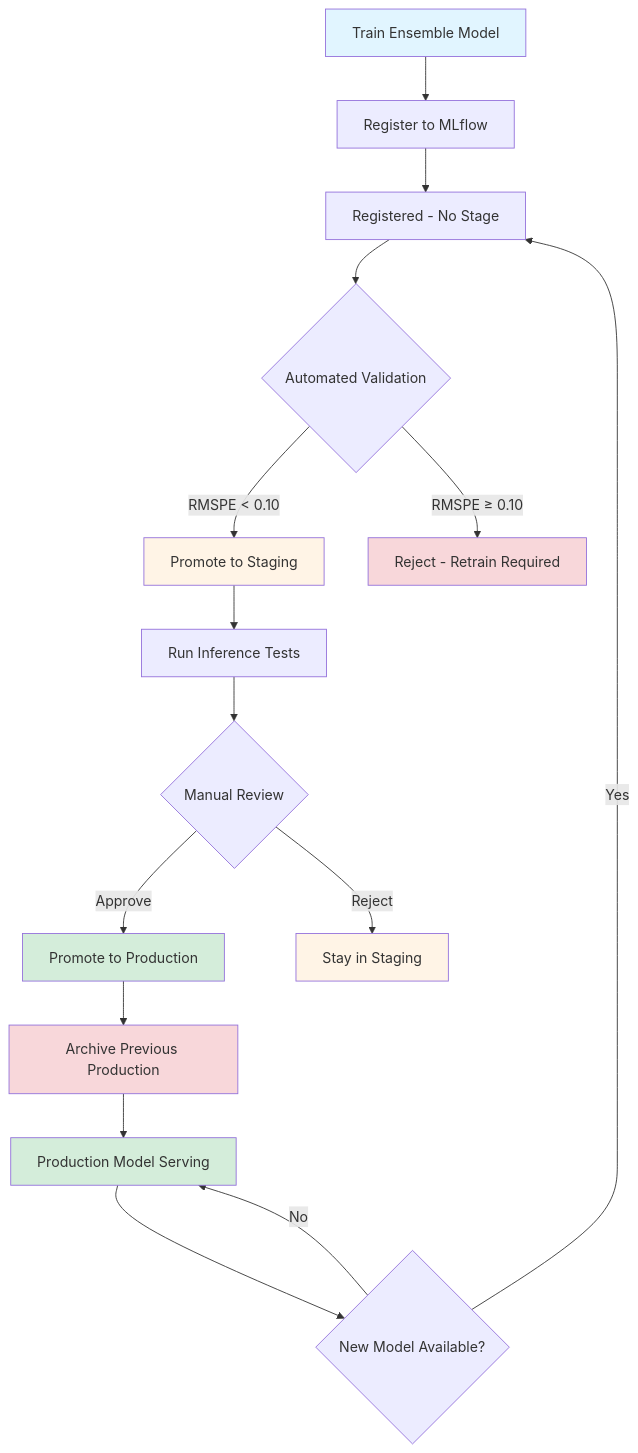
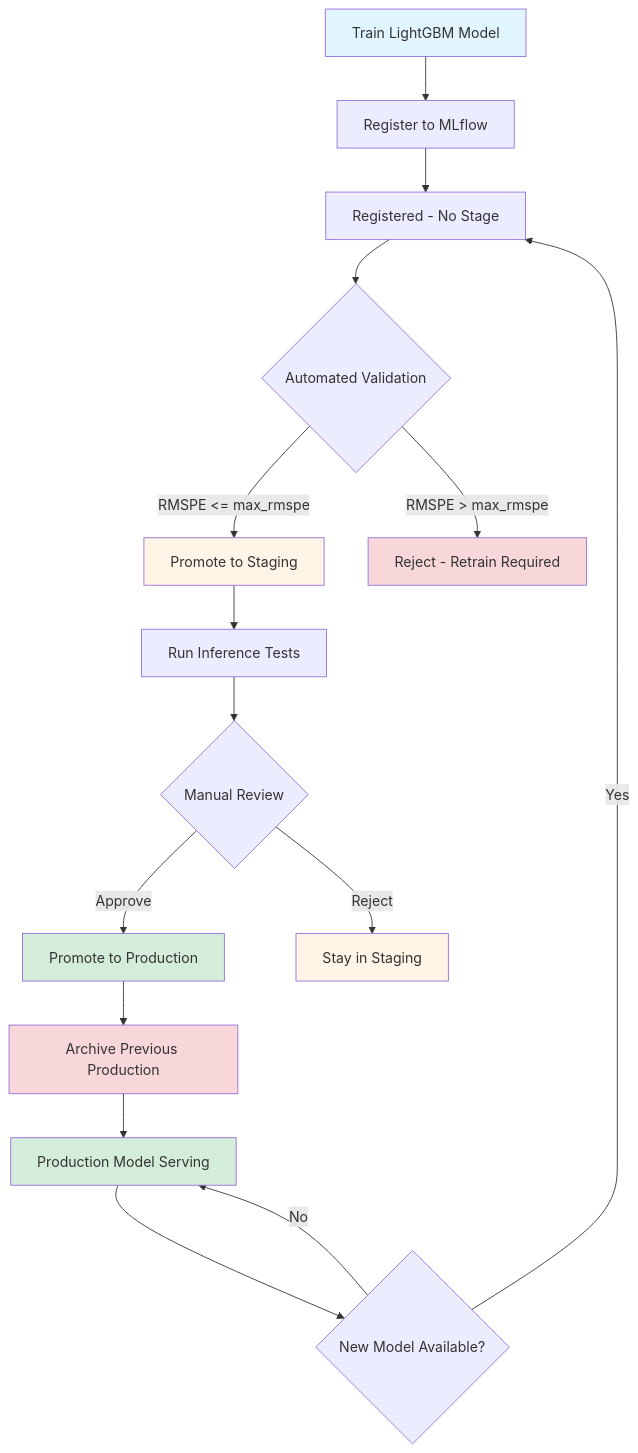
The first of 3 diagrams in docs/modelops/registry.md (bradleyboehmke/uc-bana-7075-reference-system), drawn with Mermaid before and after one commit. The commit also changed other lines of this file and 71 other files, not shown here.

First line of the commit message:
REF-04: Simplify to a single LightGBM model

````diff
--- a/docs/modelops/registry.md
+++ b/docs/modelops/registry.md
@@ -18,30 +18,30 @@
 ```mermaid
 graph TB
-    A[Train Ensemble Model] --> B[Register to MLflow]
+    A[Train LightGBM Model] --> B[Register to MLflow]
     B --> C[Registered - No Stage]
 
     C --> D{Automated Validation}
-    D -->|RMSPE < 0.10| E[Promote to Staging]
-    D -->|RMSPE ≥ 0.10| F[Reject - Retrain Required]
+    D -->|RMSPE <= max_rmspe| E[Promote to Staging]
+    D -->|RMSPE > max_rmspe| F[Reject - Retrain Required]
 
     E --> G[Run Inference Tests]
     G --> H{Manual Review}
 
     H -->|Approve| I[Promote to Production]
     H -->|Reject| J[Stay in Staging]
 
     I --> K[Archive Previous Production]
     K --> L[Production Model Serving]
 
     L --> M{New Model Available?}
     M -->|Yes| C
     M -->|No| L
 
     style A fill:#e1f5ff
     style E fill:#fff4e6
     style I fill:#d4edda
     style K fill:#f8d7da
     style L fill:#d4edda
     style F fill:#f8d7da
     style J fill:#fff4e6
 ```
````
